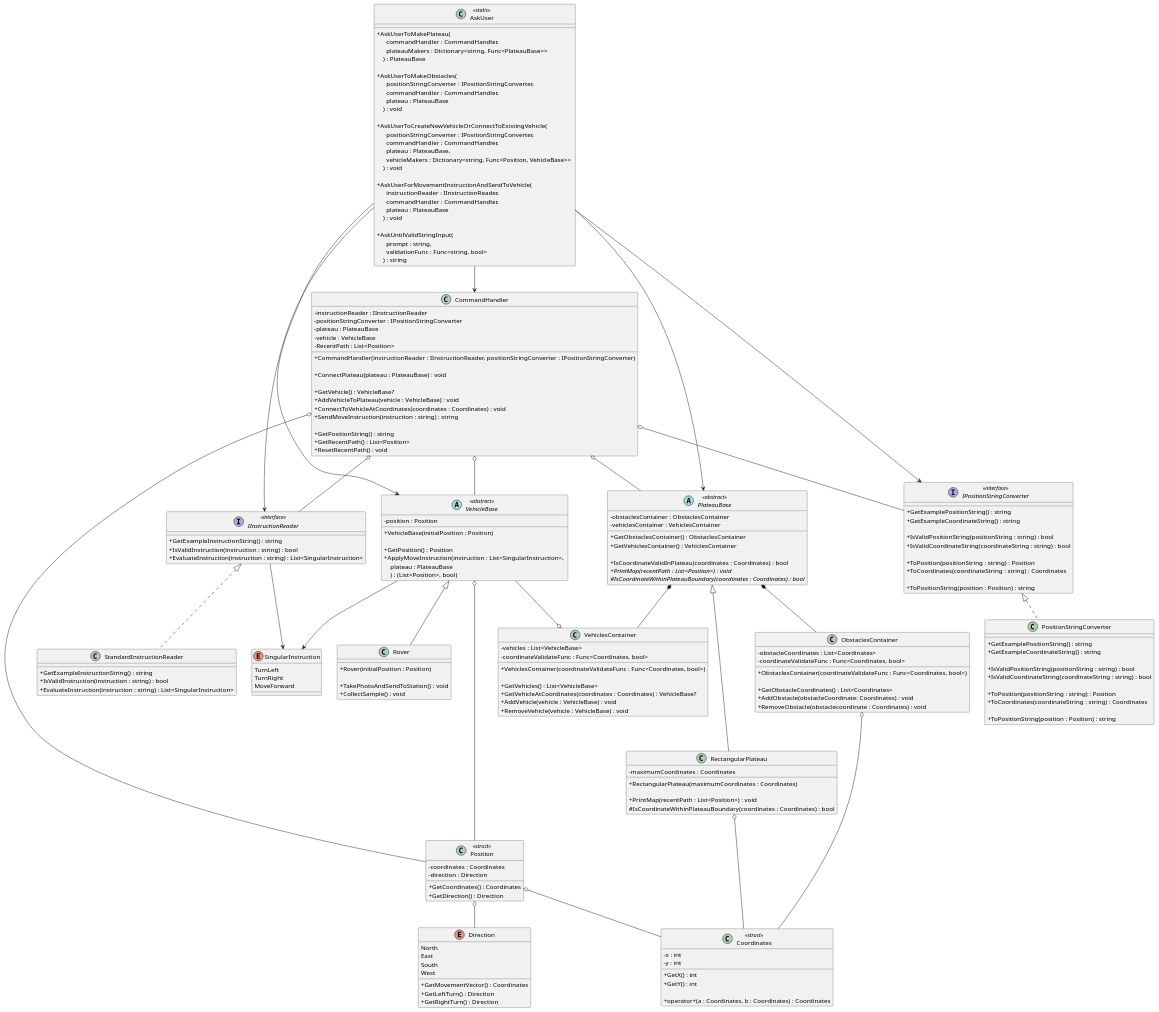
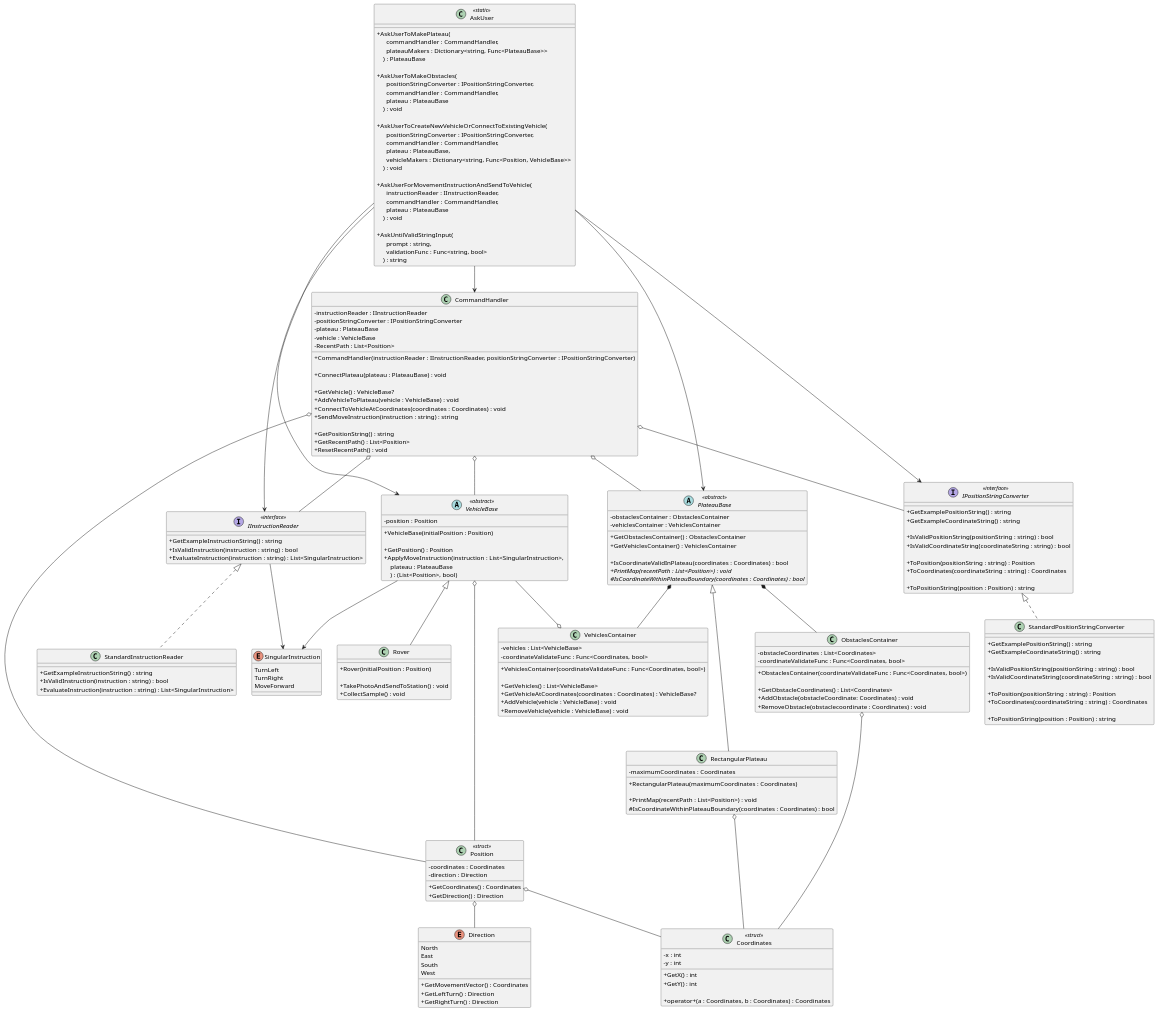
The diagram in diagrams/MarsRoverChallenge.puml (iamfranco/MarsRoverChallenge), drawn with PlantUML before and after one commit. The commit also changed 1 other file, not shown here.

Commit message:
UML: rename PositionStringConverter to StandardPositionStringConverter

```diff
--- a/diagrams/MarsRoverChallenge.puml
+++ b/diagrams/MarsRoverChallenge.puml
@@ -170,7 +170,7 @@
   + GetDirection() : Direction
 }
 
-class PositionStringConverter
+class StandardPositionStringConverter
 {
   + GetExamplePositionString() : string
   + GetExampleCoordinateString() : string
@@ -221,7 +221,7 @@
 VehicleBase <|-- Rover
 VehicleBase o--- Position
 
-IPositionStringConverter <|.. PositionStringConverter
+IPositionStringConverter <|.. StandardPositionStringConverter
 
 PlateauBase *-- ObstaclesContainer
 PlateauBase *-- VehiclesContainer
```
